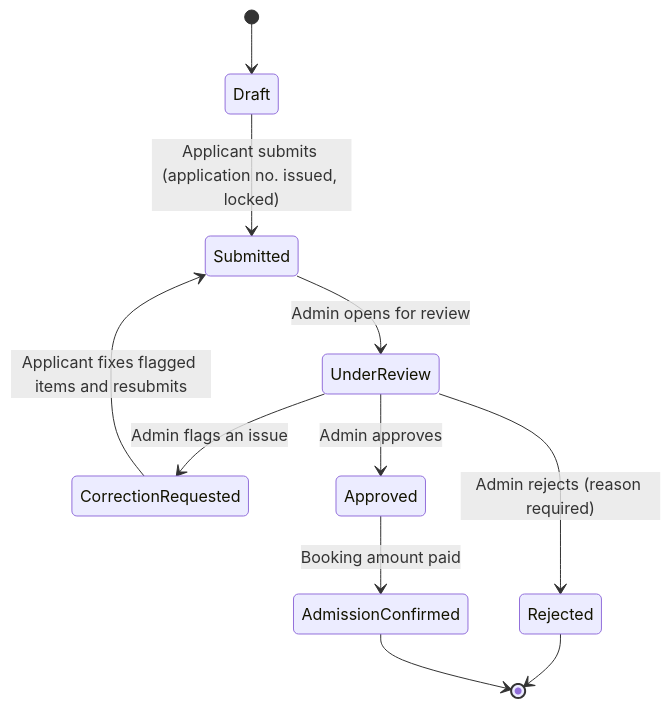
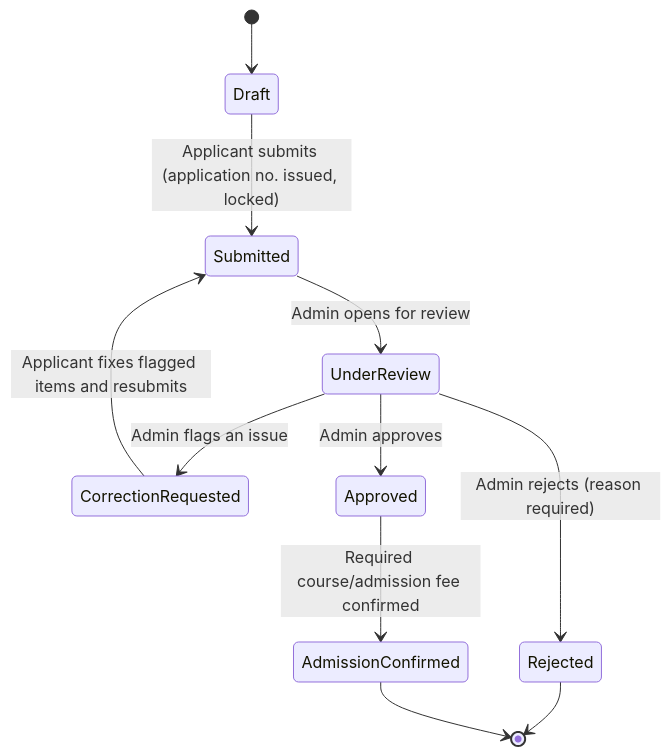
The first of 3 diagrams in product.md (Code-0ne/IEM_Admission_System), drawn with Mermaid before and after one commit. The commit also changed other lines of this file and 1 other file, not shown here.

````diff
--- a/product.md
+++ b/product.md
@@ -140,13 +142,13 @@
 ```mermaid
 stateDiagram-v2
     [*] --> Draft
     Draft --> Submitted: Applicant submits (application no. issued, locked)
     Submitted --> UnderReview: Admin opens for review
     UnderReview --> CorrectionRequested: Admin flags an issue
     CorrectionRequested --> Submitted: Applicant fixes flagged items and resubmits
     UnderReview --> Approved: Admin approves
     UnderReview --> Rejected: Admin rejects (reason required)
-    Approved --> AdmissionConfirmed: Booking amount paid
+    Approved --> AdmissionConfirmed: Required course/admission fee confirmed
     Rejected --> [*]
     AdmissionConfirmed --> [*]
 ```
````
